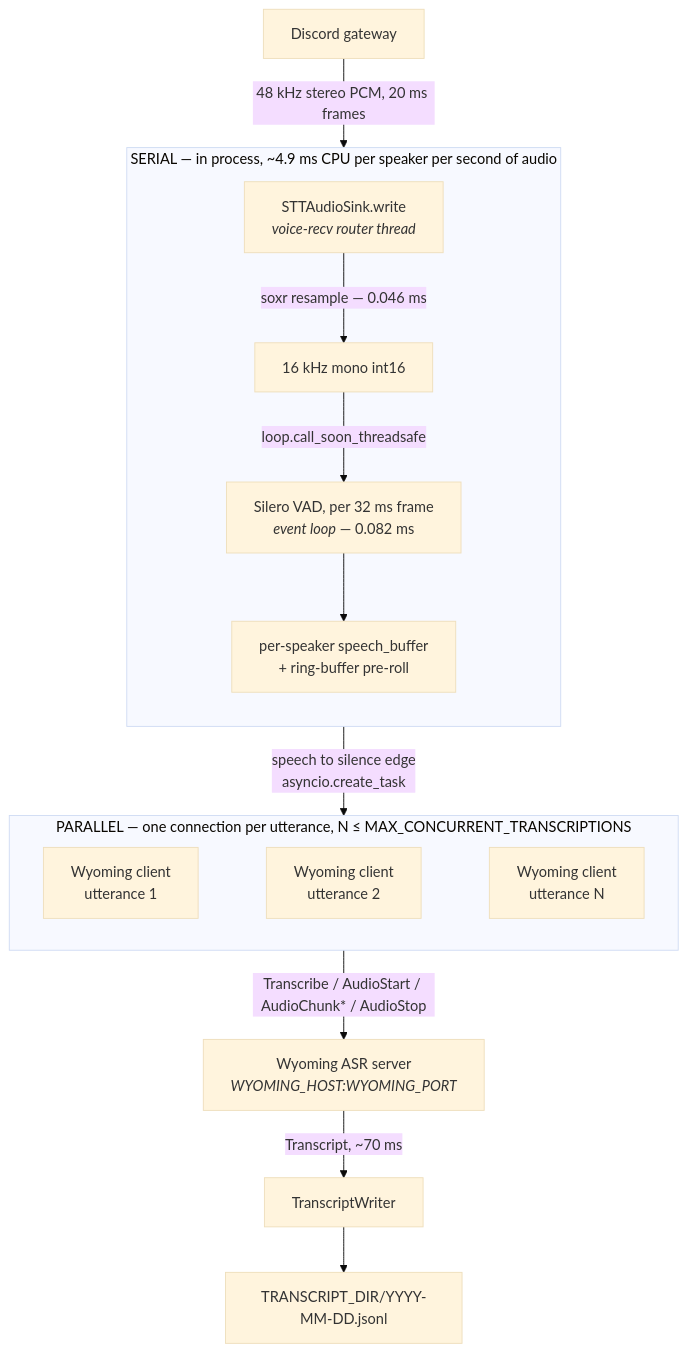
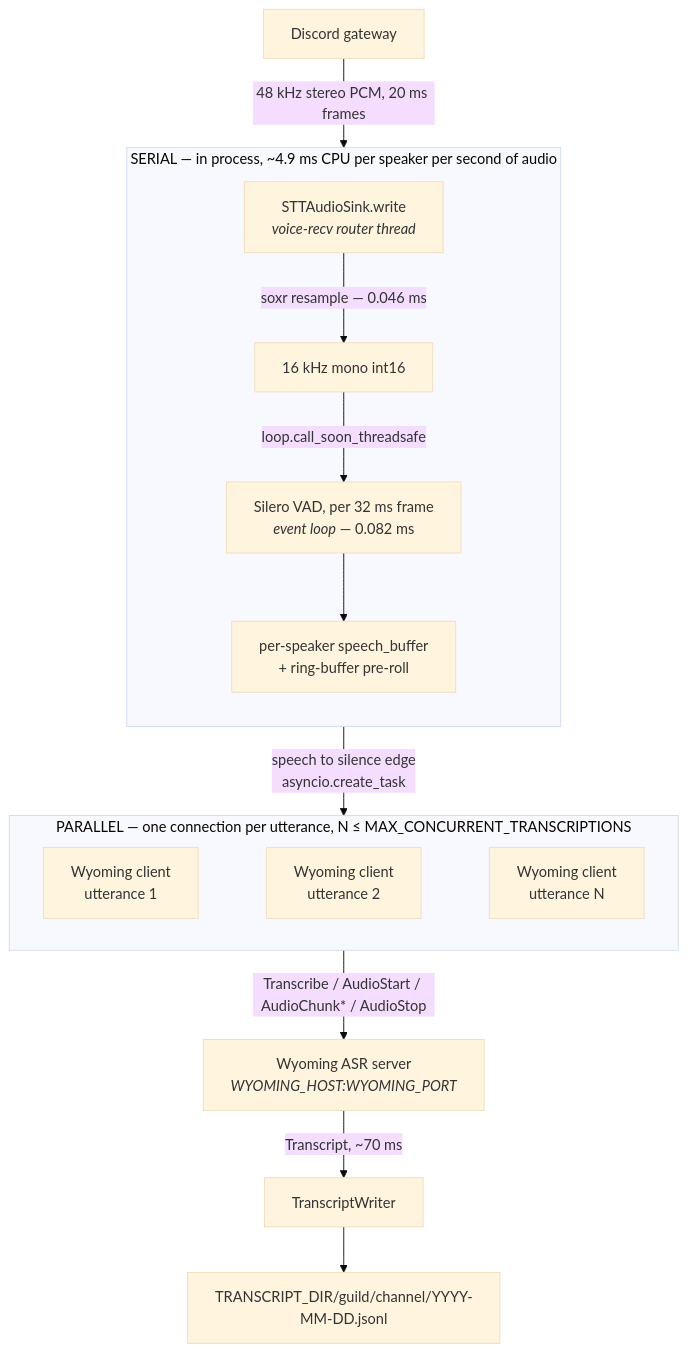
Before and after one commit to arychj/miss-quote: the diagram in README.md, drawn with Mermaid (base theme). The commit also changed other lines of this file and 6 other files, not shown here.

First line of the commit message:
File transcripts under guild and channel directories

````diff
--- a/README.md
+++ b/README.md
@@ -20,27 +20,27 @@
 ```mermaid
 graph TD
     A["Discord gateway"] -->|"48 kHz stereo PCM, 20 ms frames"| B
 
     subgraph LOCAL["SERIAL &mdash; in process, ~4.9 ms CPU per speaker per second of audio"]
         direction TB
         B["STTAudioSink.write<br/><i>voice-recv router thread</i>"]
         B -->|"soxr resample &mdash; 0.046 ms"| C["16 kHz mono int16"]
         C -->|"loop.call_soon_threadsafe"| D["Silero VAD, per 32 ms frame<br/><i>event loop</i> &mdash; 0.082 ms"]
         D --> E["per-speaker speech_buffer<br/>+ ring-buffer pre-roll"]
     end
 
     E -->|"speech to silence edge<br/>asyncio.create_task"| REMOTE
 
     subgraph REMOTE["PARALLEL &mdash; one connection per utterance, N &le; MAX_CONCURRENT_TRANSCRIPTIONS"]
         direction LR
         F["Wyoming client<br/>utterance 1"]
         G["Wyoming client<br/>utterance 2"]
         H["Wyoming client<br/>utterance N"]
         F ~~~ G ~~~ H
     end
 
     REMOTE -->|"Transcribe / AudioStart / AudioChunk* / AudioStop"| I
 
     I["Wyoming ASR server<br/><i>WYOMING_HOST:WYOMING_PORT</i>"] -->|"Transcript, ~70 ms"| J["TranscriptWriter"]
-    J --> K["TRANSCRIPT_DIR/YYYY-MM-DD.jsonl"]
+    J --> K["TRANSCRIPT_DIR/guild/channel/YYYY-MM-DD.jsonl"]
 ```
````
